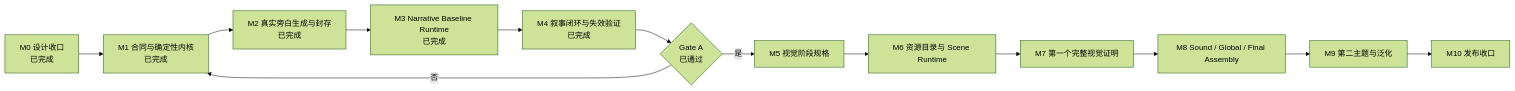
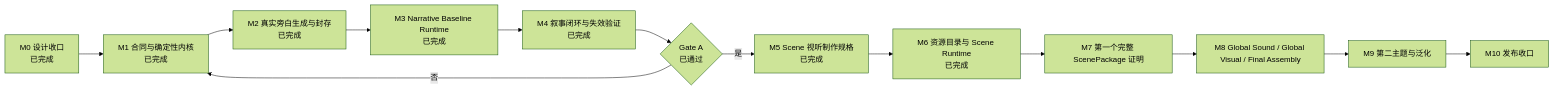
Before and after one commit to AXMORF/axmorf-studio: the diagram in docs/ROADMAP.md, drawn with Mermaid (forest theme). The commit also changed other lines of this file and 16 other files, not shown here.

Commit message:
docs: close m6 scene runtime foundation

````diff
--- a/docs/ROADMAP.md
+++ b/docs/ROADMAP.md
@@ -43,15 +47,15 @@
 ```mermaid
 flowchart LR
     M0["M0 设计收口<br/>已完成"] --> M1["M1 合同与确定性内核<br/>已完成"]
     M1 --> M2["M2 真实旁白生成与封存<br/>已完成"]
     M2 --> M3["M3 Narrative Baseline Runtime<br/>已完成"]
     M3 --> M4["M4 叙事闭环与失效验证<br/>已完成"]
     M4 --> G1{"Gate A<br/>已通过"}
-    G1 -->|"是"| M5["M5 视觉阶段规格"]
+    G1 -->|"是"| M5["M5 Scene 视听制作规格<br/>已完成"]
     G1 -->|"否"| M1
-    M5 --> M6["M6 资源目录与 Scene Runtime"]
-    M6 --> M7["M7 第一个完整视觉证明"]
-    M7 --> M8["M8 Sound / Global / Final Assembly"]
+    M5 --> M6["M6 资源目录与 Scene Runtime<br/>已完成"]
+    M6 --> M7["M7 第一个完整 ScenePackage 证明"]
+    M7 --> M8["M8 Global Sound / Global Visual / Final Assembly"]
     M8 --> M9["M9 第二主题与泛化"]
     M9 --> M10["M10 发布收口"]
 ```
````
